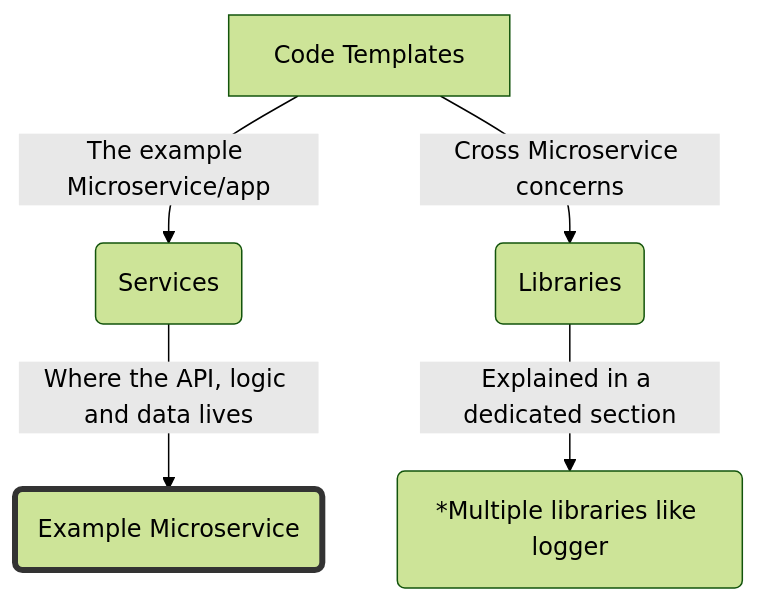
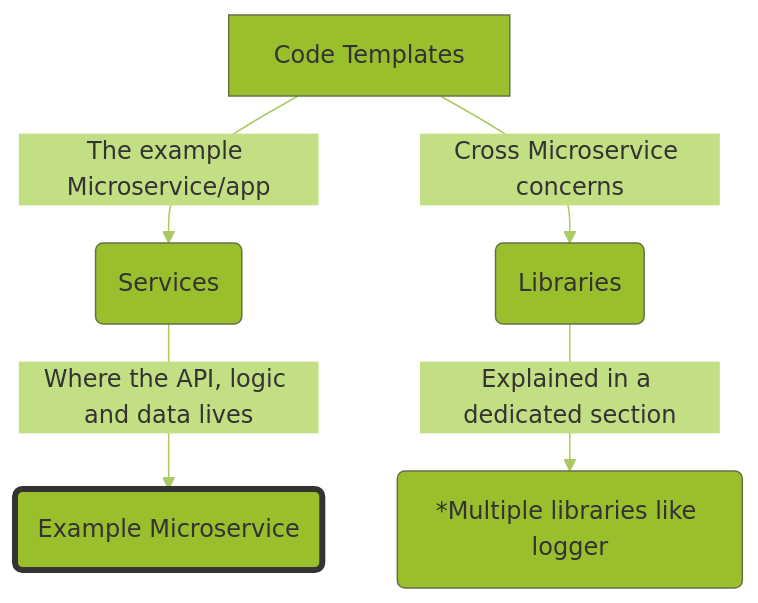
One commit to practicajs/practica changed the second of 4 diagrams in docs/docs/contribution/contribution-long-guide.md. Above: the diagram before and after it, drawn with Mermaid. The commit also changed other lines of this file and 1 other file, not shown here.

Commit message:
changed theme to fit dark and light mode

````diff
--- a/docs/docs/contribution/contribution-long-guide.md
+++ b/docs/docs/contribution/contribution-long-guide.md
@@ -79,11 +79,11 @@
 ```mermaid
-%%{init: {'theme': 'forest', 'themeVariables': { 'darkMode':'true', 'primaryColor': '#ff0000', 'fontWeight': 'bold', 'fontFamily': 'comfortaa, Roboto'}}}%%
+%%{init: {'theme': 'base', 'themeVariables': {'primaryColor':'#99BF2C','secondaryColor':'#C2DF84','lineColor':'#ABCA64','fontWeight': 'bold', 'fontFamily': 'comfortaa, Roboto'}}}%%
 graph
       A[Code Templates] -->|The example Microservice/app| B(Services)
       B -->|Where the API, logic and data lives| D(Example Microservice)
       A -->|Cross Microservice concerns| C(Libraries)
       C -->|Explained in a dedicated section| K(*Multiple libraries like logger)
       style D stroke:#333,stroke-width:4px
 
 
 ```
````
